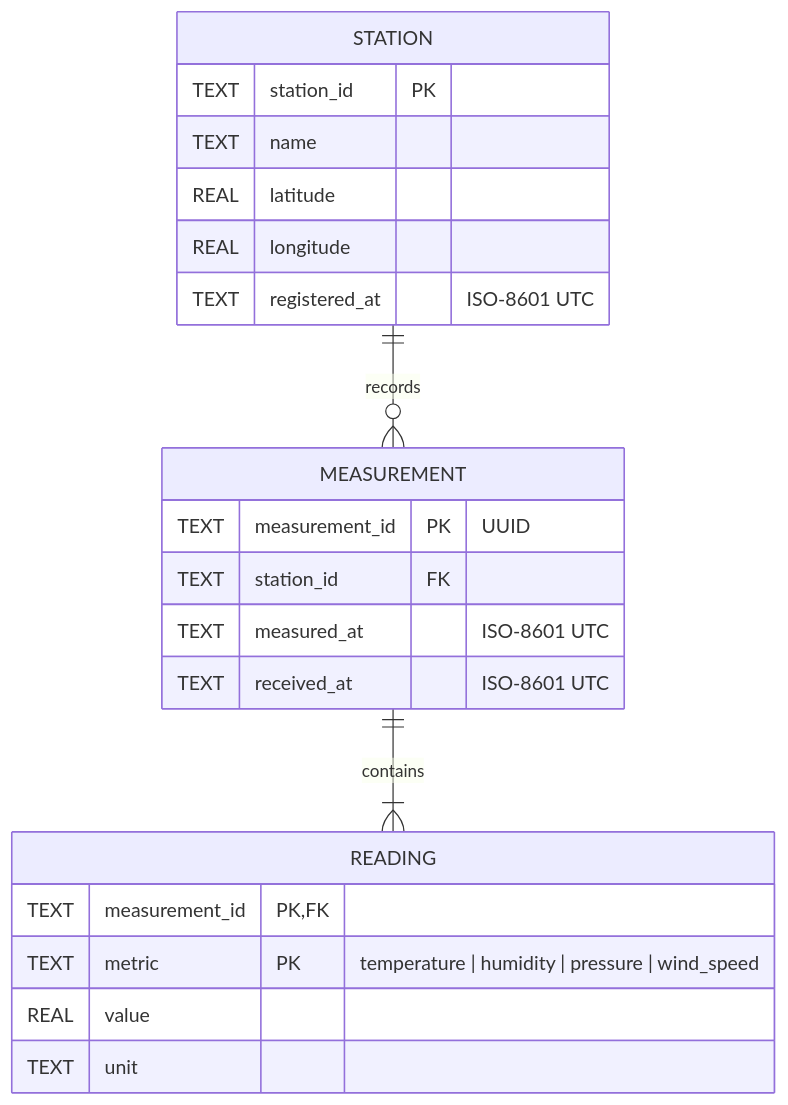
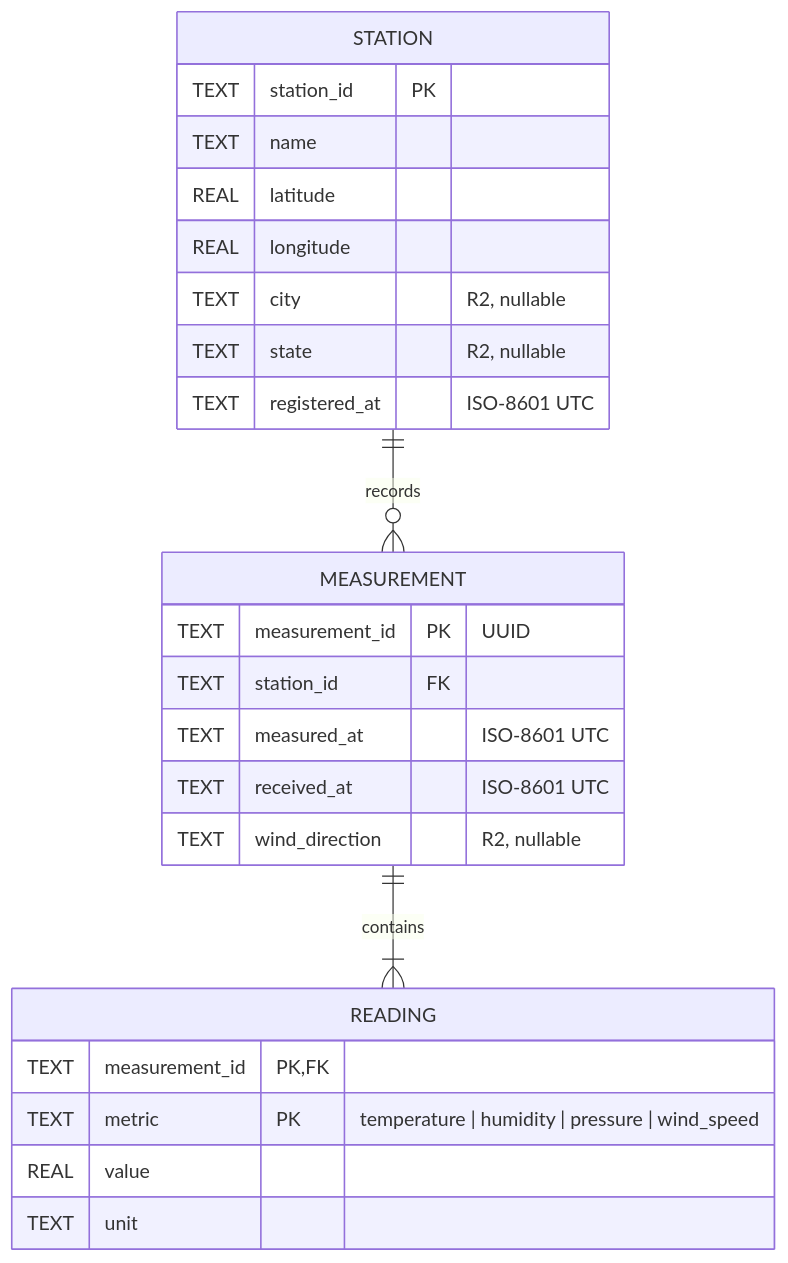
Before and after one commit to jamshideftekhari/IOTDataMonitoringE2026: the ninth of 10 diagrams in DESIGN.md, drawn with Mermaid. The commit also changed other lines of this file and 22 other files, not shown here.

````diff
--- a/DESIGN.md
+++ b/DESIGN.md
@@ -320,25 +387,28 @@
 ```mermaid
 erDiagram
     STATION ||--o{ MEASUREMENT : "records"
     MEASUREMENT ||--|{ READING : "contains"
 
     STATION {
         TEXT station_id PK
         TEXT name
         REAL latitude
         REAL longitude
+        TEXT city "R2, nullable"
+        TEXT state "R2, nullable"
         TEXT registered_at "ISO-8601 UTC"
     }
     MEASUREMENT {
         TEXT measurement_id PK "UUID"
         TEXT station_id FK
         TEXT measured_at "ISO-8601 UTC"
         TEXT received_at "ISO-8601 UTC"
+        TEXT wind_direction "R2, nullable"
     }
     READING {
         TEXT measurement_id PK, FK
         TEXT metric PK "temperature | humidity | pressure | wind_speed"
         REAL value
         TEXT unit
     }
 ```
````
